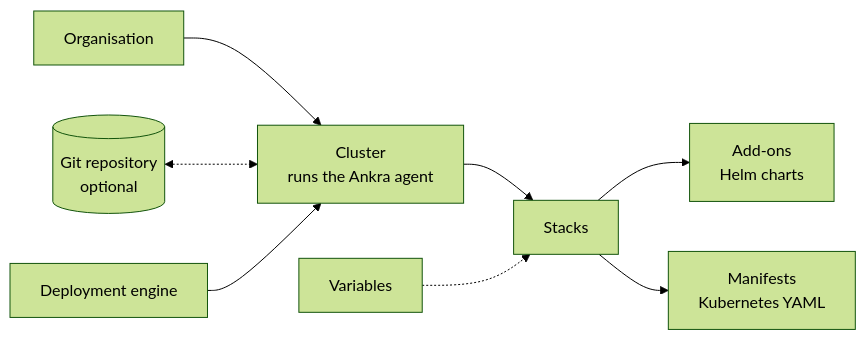
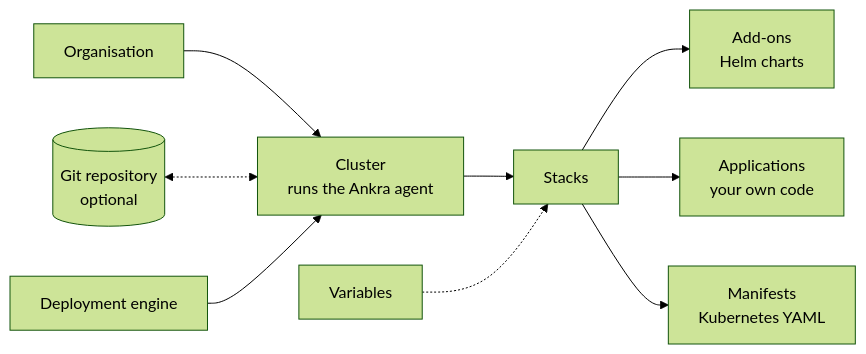
Before and after one commit to ankraio/ankra-docs: the diagram in concepts/how-ankra-works.mdx, drawn with Mermaid (forest theme). The commit also changed other lines of this file and 11 other files, not shown here.

````diff
--- a/concepts/how-ankra-works.mdx
+++ b/concepts/how-ankra-works.mdx
@@ -8,10 +8,11 @@
 ```mermaid
 flowchart LR
     O[Organisation] --> C[Cluster<br/>runs the Ankra agent]
     C --> S[Stacks]
     S --> A[Add-ons<br/>Helm charts]
+    S --> P[Applications<br/>your own code]
     S --> M[Manifests<br/>Kubernetes YAML]
     V[Variables] -.-> S
     G[(Git repository<br/>optional)] <-.-> C
     E[Deployment engine] --> C
 ```
````
